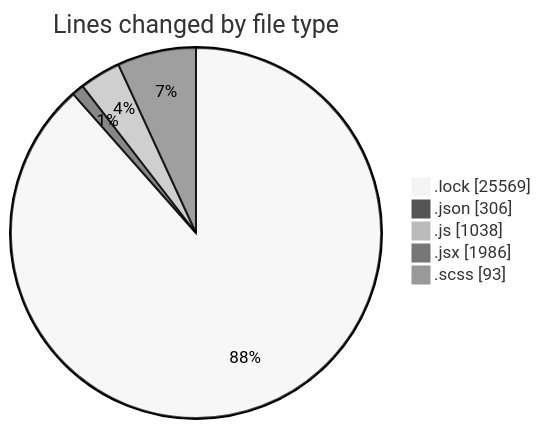
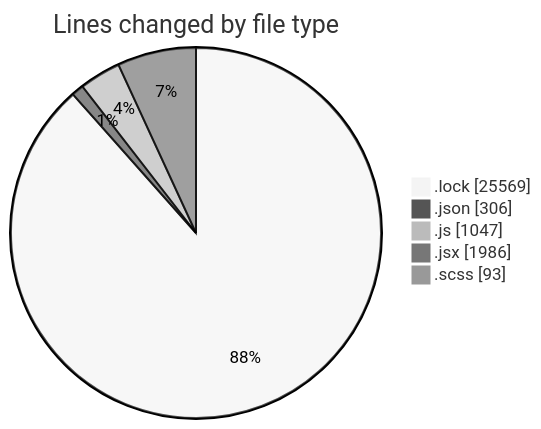
Before and after one commit to momahboobian/code-tracking: the first of 2 diagrams in 2026-01-07/cda/README.md, drawn with Mermaid (neutral theme). The commit also changed other lines of this file and 1 other file, not shown here.

````diff
--- a/2026-01-07/cda/README.md
+++ b/2026-01-07/cda/README.md
@@ -43,9 +43,9 @@
 ```mermaid
 pie showData
 title Lines changed by file type
 ".lock" : 25569
 ".json" : 306
-".js" : 1038
+".js" : 1047
 ".jsx" : 1986
 ".scss" : 93
 ```
````
